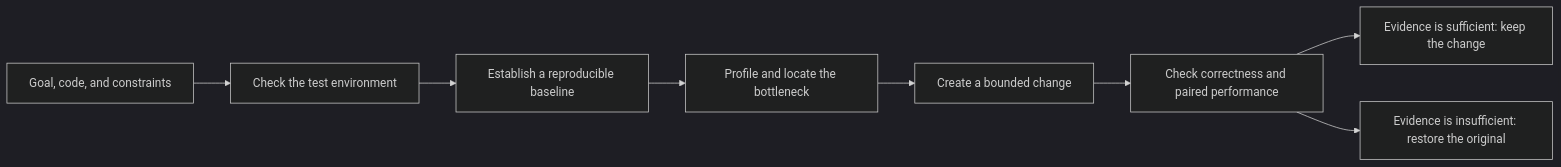
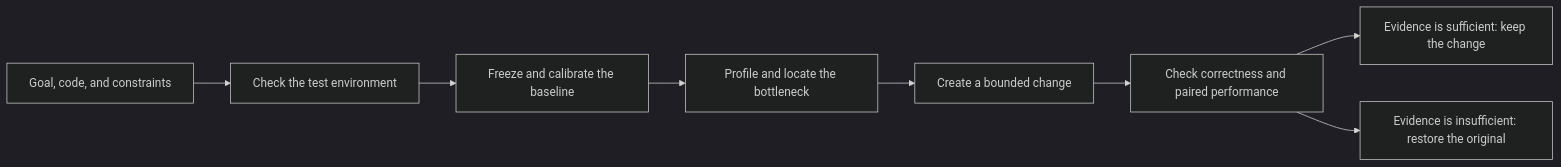
Before and after one commit to troycheng/cuda-optimized-skill: the diagram in README.md, drawn with Mermaid (dark theme). The commit also changed other lines of this file and 20 other files, not shown here.

````diff
--- a/README.md
+++ b/README.md
@@ -72,10 +79,10 @@
 ```mermaid
 flowchart LR
     goal["Goal, code, and constraints"] --> environment["Check the test environment"]
-    environment --> baseline["Establish a reproducible baseline"]
+    environment --> baseline["Freeze and calibrate the baseline"]
     baseline --> profiling["Profile and locate the bottleneck"]
     profiling --> change["Create a bounded change"]
     change --> evaluation["Check correctness and paired performance"]
     evaluation --> keep["Evidence is sufficient: keep the change"]
     evaluation --> restore["Evidence is insufficient: restore the original"]
 ```
````
